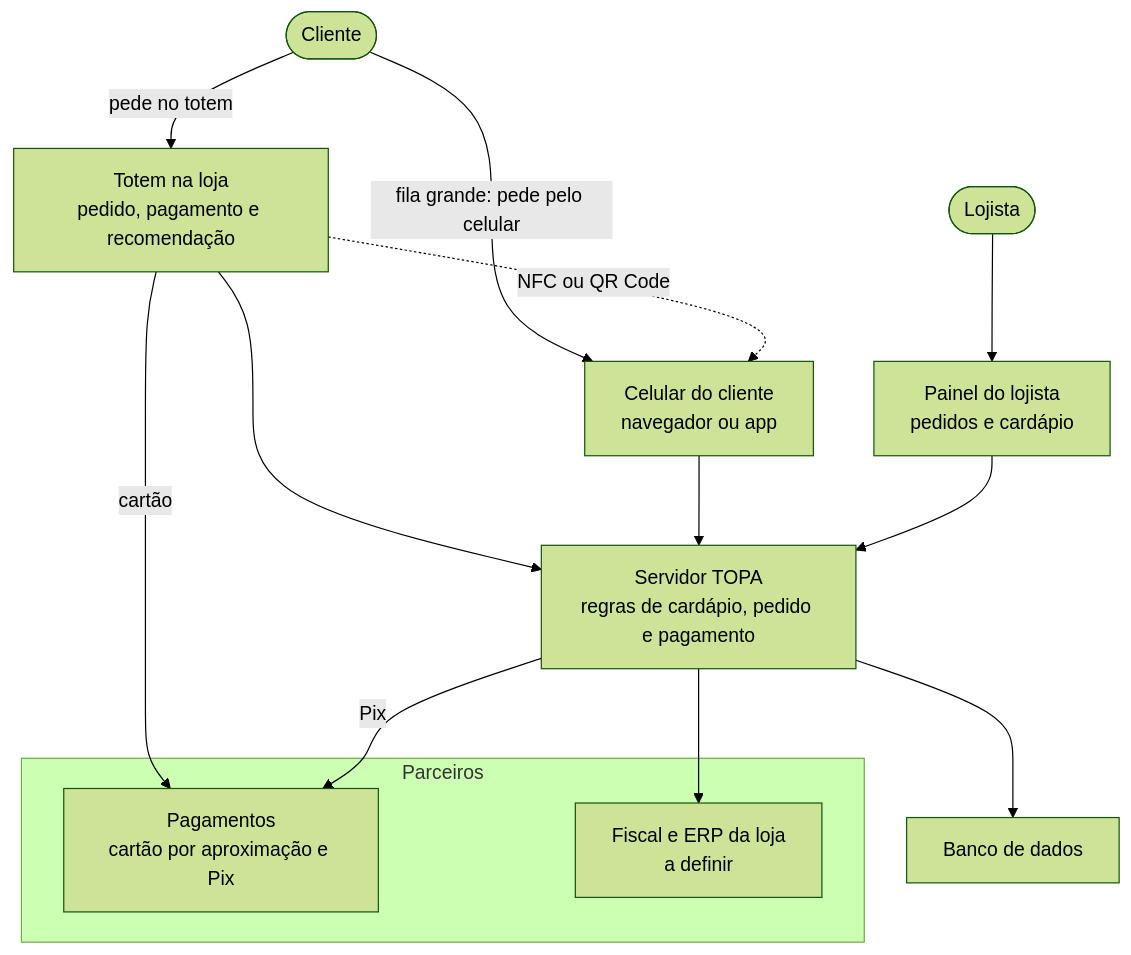
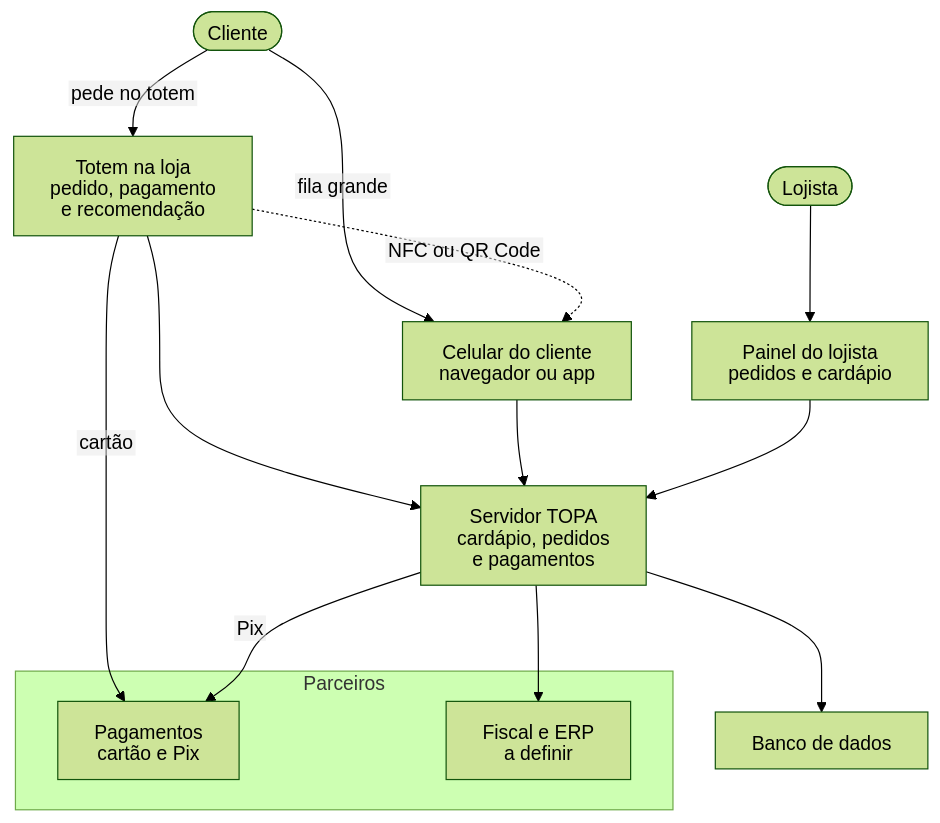
The diagram in README.md (kaualimadesouza/EI), drawn with Mermaid (forest theme) before and after one commit.

Commit message:
docs: keep the diagram labels from being clipped on GitHub
GitHub measured the HTML labels in one font and drew them in a wider one, cutting the text off. Draw the labels as SVG text and shorten the lines.

````diff
--- a/README.md
+++ b/README.md
@@ -66,31 +66,32 @@
 ```mermaid
+%%{init: {"htmlLabels": false, "flowchart": {"htmlLabels": false}}}%%
 flowchart TB
     cliente(["Cliente"])
     lojista(["Lojista"])
 
-    totem["Totem na loja<br/>pedido, pagamento e recomendação"]
+    totem["Totem na loja<br/>pedido, pagamento<br/>e recomendação"]
     celular["Celular do cliente<br/>navegador ou app"]
     painel["Painel do lojista<br/>pedidos e cardápio"]
 
-    servidor["Servidor TOPA<br/>regras de cardápio, pedido e pagamento"]
+    servidor["Servidor TOPA<br/>cardápio, pedidos<br/>e pagamentos"]
     banco["Banco de dados"]
 
     subgraph parceiros["Parceiros"]
-        pagamentos["Pagamentos<br/>cartão por aproximação e Pix"]
-        fiscal["Fiscal e ERP da loja<br/>a definir"]
+        pagamentos["Pagamentos<br/>cartão e Pix"]
+        fiscal["Fiscal e ERP<br/>a definir"]
     end
 
     cliente -- "pede no totem" --> totem
-    cliente -- "fila grande: pede pelo celular" --> celular
+    cliente -- "fila grande" --> celular
     totem -. "NFC ou QR Code" .-> celular
     lojista --> painel
 
     totem --> servidor
     celular --> servidor
     painel --> servidor
     servidor --> banco
 
     totem -- "cartão" --> pagamentos
     servidor -- "Pix" --> pagamentos
     servidor --> fiscal
 ```
````
